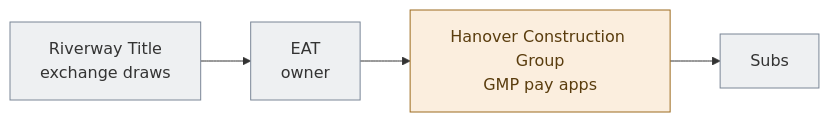
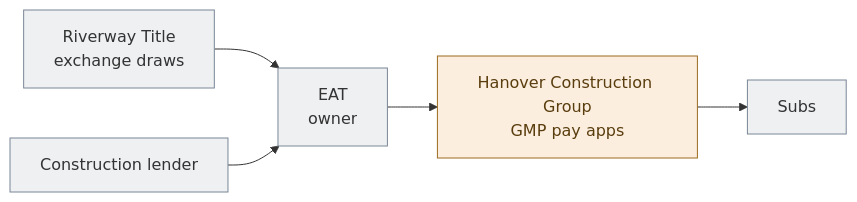
The eighth of 14 diagrams in North_Forsyth_1031_Diagrams.md (EthanCow/North-Forsyth-1031-Diagrams), drawn with Mermaid before and after one commit. The commit also changed other lines of this file and 4 other files, not shown here.

Commit message:
Fix timeline order: ID before QI spends; split QI vs loan draws.

````diff
--- a/North_Forsyth_1031_Diagrams.md
+++ b/North_Forsyth_1031_Diagrams.md
@@ -357,10 +385,13 @@
 ```mermaid
 flowchart LR
   QI["Riverway Title\nexchange draws"]:::neutral
+  LN["Construction lender"]:::neutral
   EAT["EAT\nowner"]:::neutral
   GC["Hanover Construction Group\nGMP pay apps"]:::han
   SUB["Subs"]:::neutral
-  QI --> EAT --> GC --> SUB
+  QI --> EAT
+  LN --> EAT
+  EAT --> GC --> SUB
   classDef han fill:#fbeede,stroke:#9c6b1e,color:#5a3d0e;
   classDef neutral fill:#eef0f2,stroke:#7a8696,color:#333;
 ```
````
